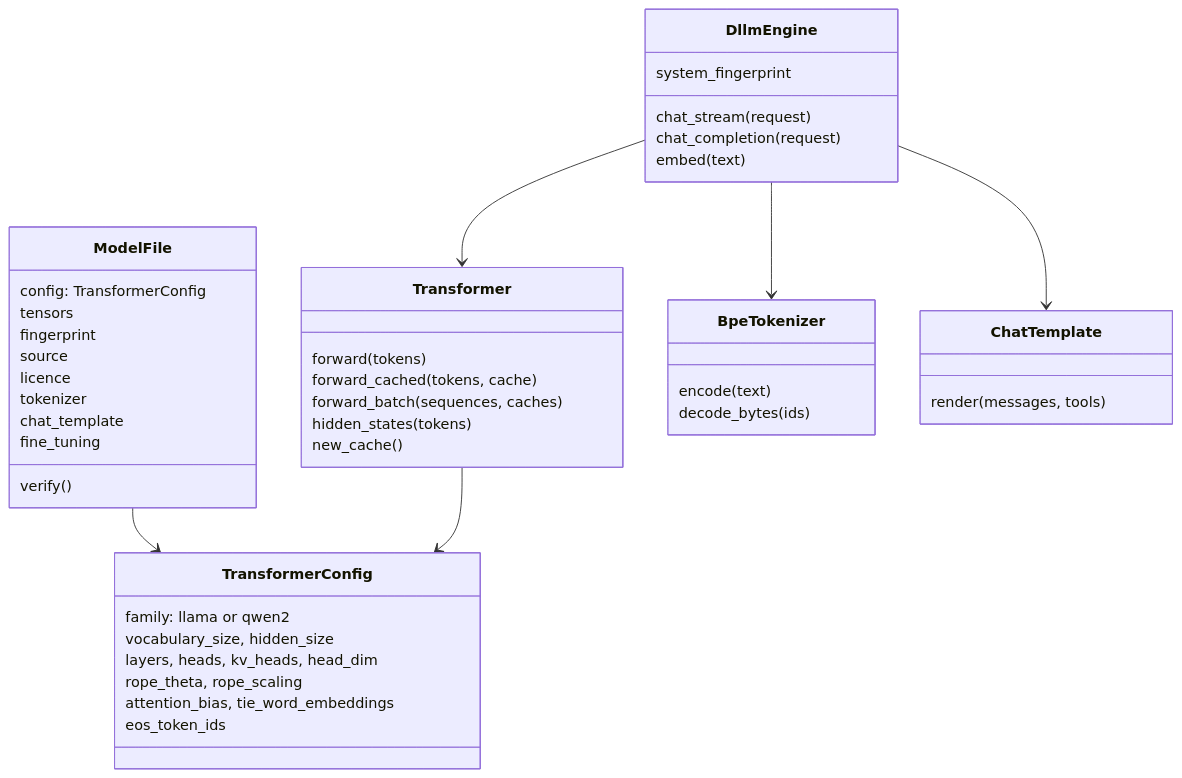
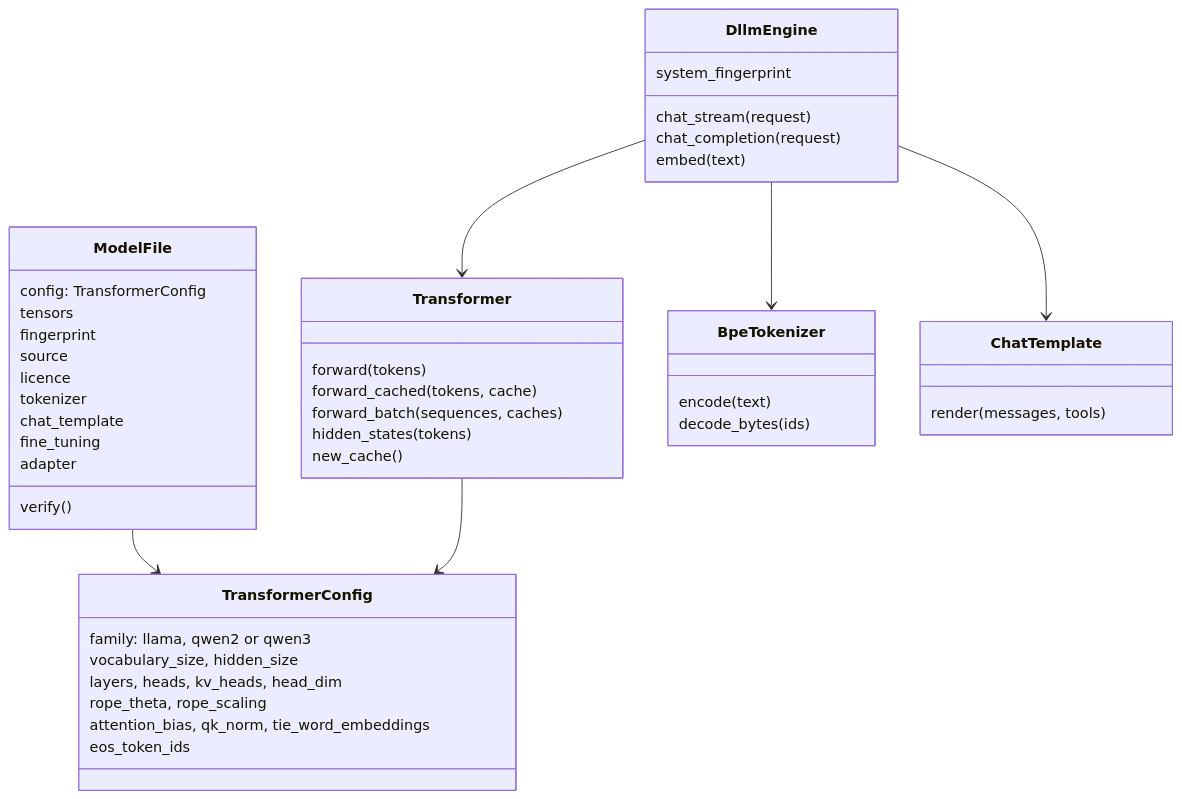
Before and after one commit to vrenken/etalii.dllm: the fourth of 4 diagrams in docs/architecture/models.md, drawn with Mermaid. The commit also changed other lines of this file and 4 other files, not shown here.

First line of the commit message:
Architecture docs: Qwen3 and LoRA

````diff
--- a/docs/architecture/models.md
+++ b/docs/architecture/models.md
@@ -113,47 +134,48 @@
 ```mermaid
 classDiagram
     class ModelFile {
         config: TransformerConfig
         tensors
         fingerprint
         source
         licence
         tokenizer
         chat_template
         fine_tuning
+        adapter
         verify()
     }
     class TransformerConfig {
-        family: llama or qwen2
+        family: llama, qwen2 or qwen3
         vocabulary_size, hidden_size
         layers, heads, kv_heads, head_dim
         rope_theta, rope_scaling
-        attention_bias, tie_word_embeddings
+        attention_bias, qk_norm, tie_word_embeddings
         eos_token_ids
     }
     class Transformer {
         forward(tokens)
         forward_cached(tokens, cache)
         forward_batch(sequences, caches)
         hidden_states(tokens)
         new_cache()
     }
     class BpeTokenizer {
         encode(text)
         decode_bytes(ids)
     }
     class ChatTemplate {
         render(messages, tools)
     }
     class DllmEngine {
         chat_stream(request)
         chat_completion(request)
         embed(text)
         system_fingerprint
     }
     ModelFile --> TransformerConfig
     Transformer --> TransformerConfig
     DllmEngine --> Transformer
     DllmEngine --> BpeTokenizer
     DllmEngine --> ChatTemplate
 ```
````
